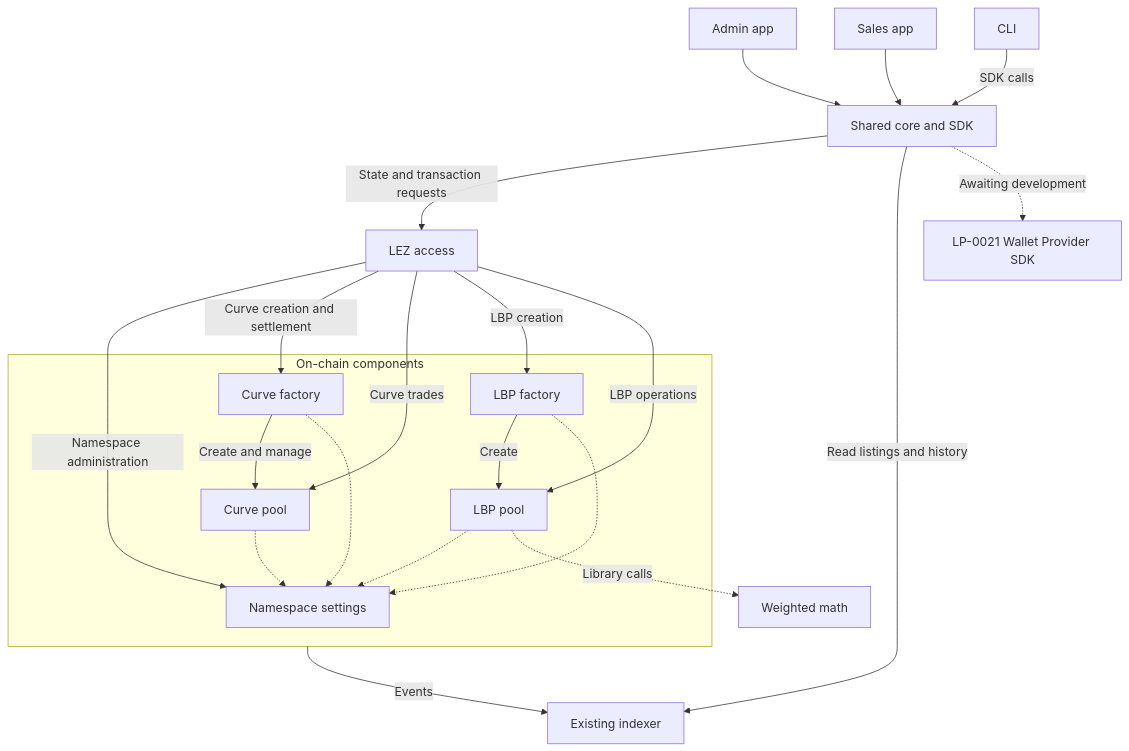
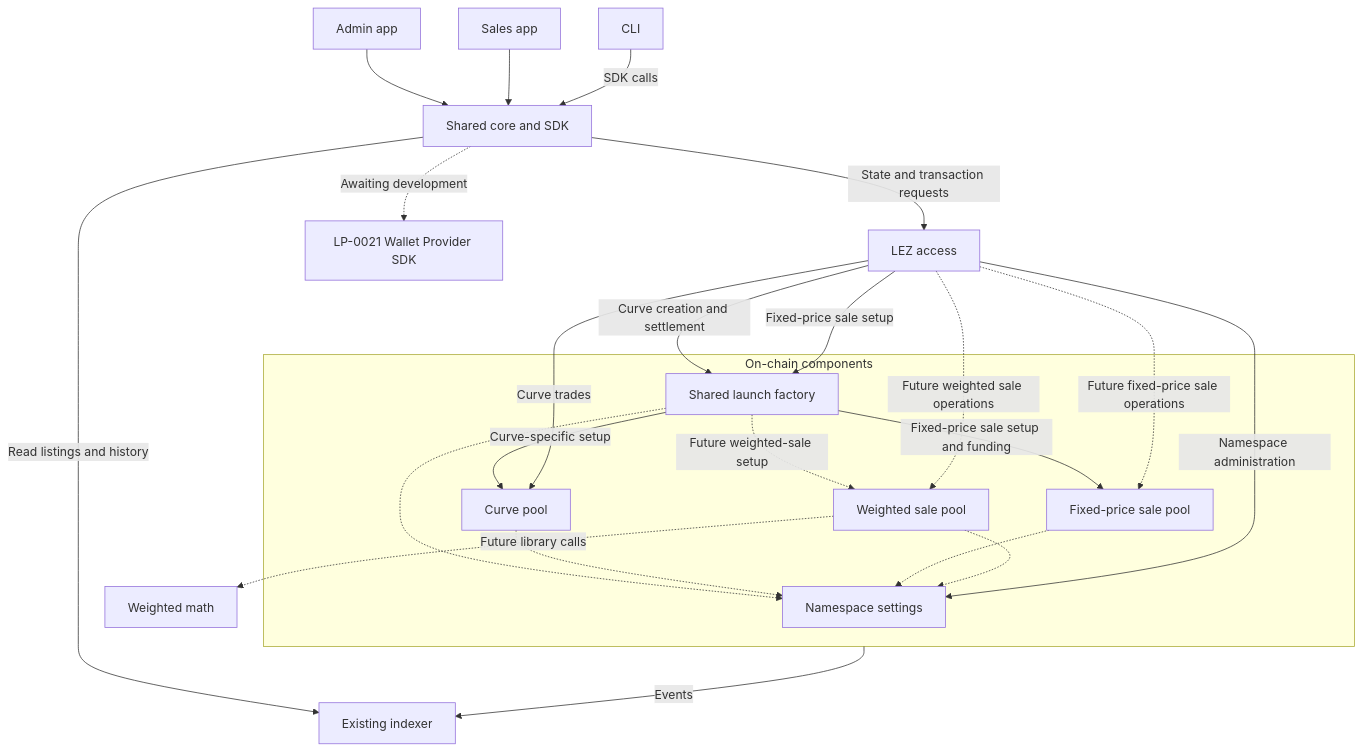
The diagram in docs/architecture/system.md (bleu/logos-launchpad), drawn with Mermaid before and after one commit. The commit also changed other lines of this file and 76 other files, not shown here.

First line of the commit message:
feat(lbp): add staged fixed-price launch setup (#20)

````diff
--- a/docs/architecture/system.md
+++ b/docs/architecture/system.md
@@ -7,27 +7,29 @@
 ```mermaid
 flowchart TB
     Admin[Admin app] --> Core[Shared core and SDK]
     Sales[Sales app] --> Core
     CLI[CLI] -->|SDK calls| Core
     Core -->|State and transaction requests| LEZ[LEZ access]
     Core -->|Read listings and history| Indexer[Existing indexer]
     Core -.->|Awaiting development| Wallet[LP-0021 Wallet Provider SDK]
 
     subgraph Programs[On-chain components]
         Namespace[Namespace settings]
-        CurveFactory[Curve factory] -->|Create and manage| CurvePool[Curve pool]
-        LBPFactory[LBP factory] -->|Create| LBPPool[LBP pool]
-        CurveFactory -.-> Namespace
-        LBPFactory -.-> Namespace
+        LaunchFactory[Shared launch factory] -->|Curve-specific setup| CurvePool[Curve pool]
+        LaunchFactory -->|Fixed-price sale setup and funding| FixedPriceSale[Fixed-price sale pool]
+        LaunchFactory -.->|Future weighted-sale setup| WeightedSale[Weighted sale pool]
+        LaunchFactory -.-> Namespace
         CurvePool -.-> Namespace
-        LBPPool -.-> Namespace
+        FixedPriceSale -.-> Namespace
+        WeightedSale -.-> Namespace
     end
 
     LEZ -->|Namespace administration| Namespace
-    LEZ -->|Curve creation and settlement| CurveFactory
+    LEZ -->|Curve creation and settlement| LaunchFactory
+    LEZ -->|Fixed-price sale setup| LaunchFactory
     LEZ -->|Curve trades| CurvePool
-    LEZ -->|LBP creation| LBPFactory
-    LEZ -->|LBP operations| LBPPool
+    LEZ -.->|Future fixed-price sale operations| FixedPriceSale
+    LEZ -.->|Future weighted sale operations| WeightedSale
     Programs -->|Events| Indexer
-    LBPPool -.->|Library calls| Math[Weighted math]
+    WeightedSale -.->|Future library calls| Math[Weighted math]
 ```
````
